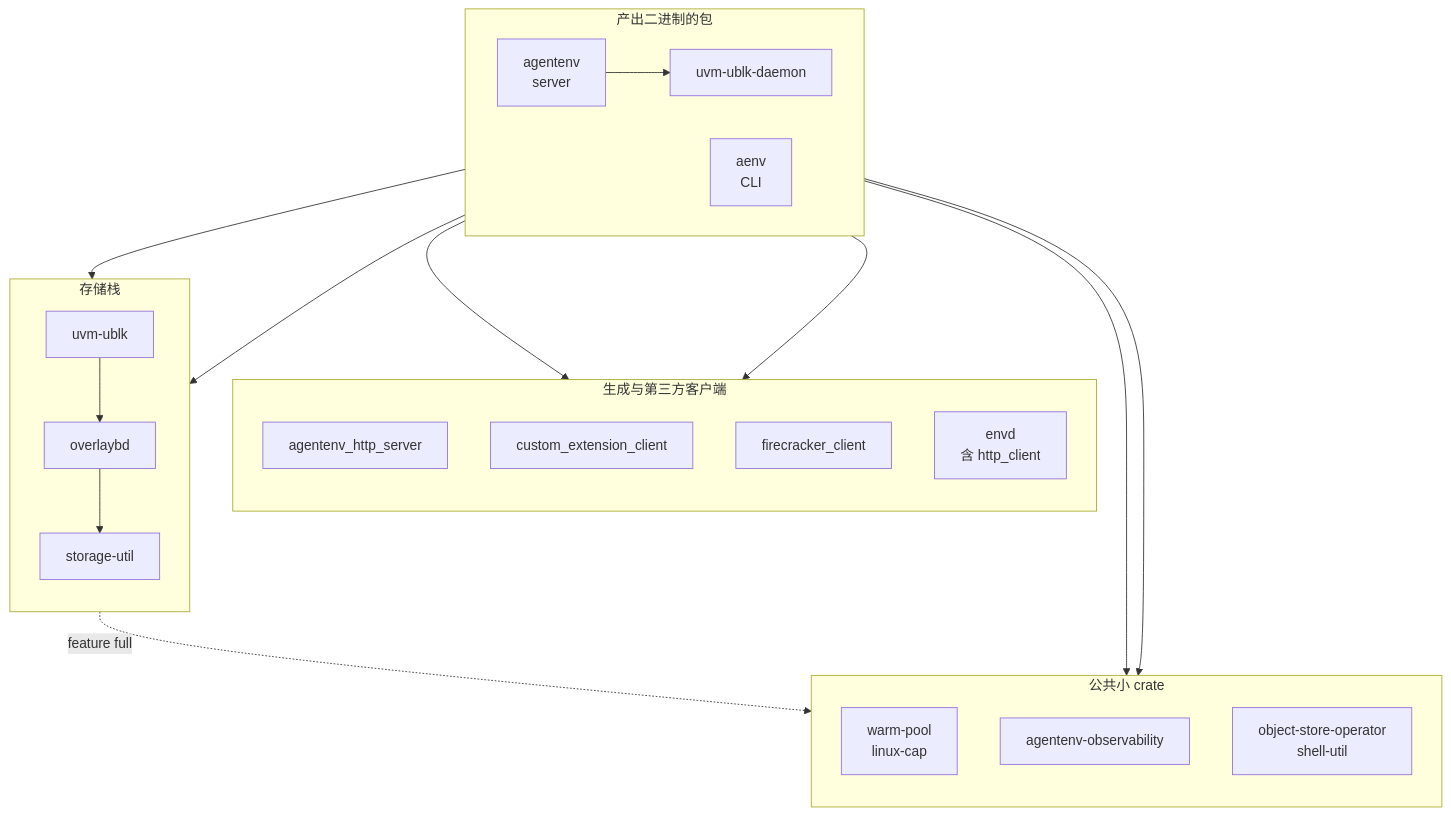
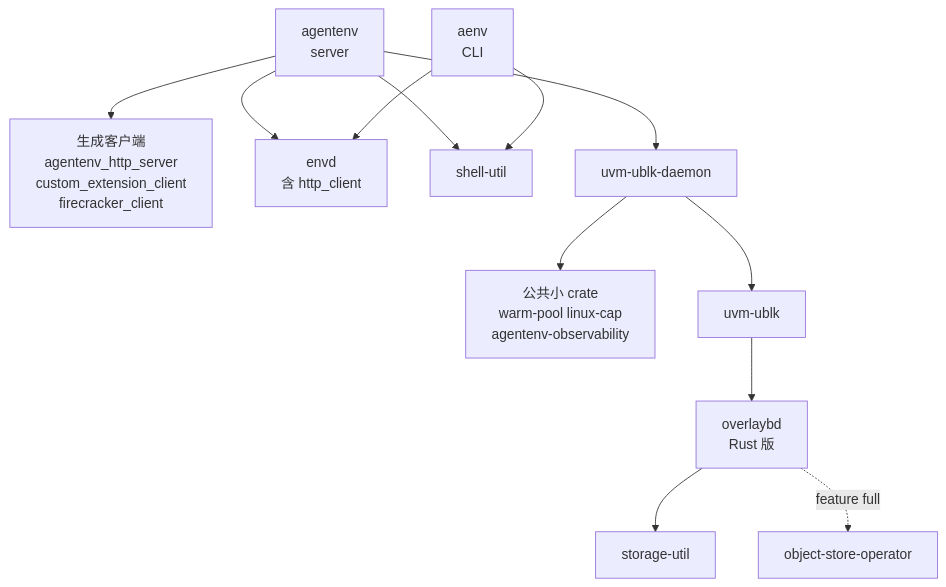
Before and after one commit to AustinJiangg/ai-books: the diagram in agentenv/01-repo-map-and-versions.md, drawn with Mermaid. The commit also changed other lines of this file and 52 other files, not shown here.

````diff
--- a/agentenv/01-repo-map-and-versions.md
+++ b/agentenv/01-repo-map-and-versions.md
@@ -139,38 +139,25 @@
 ```mermaid
 flowchart TB
-    subgraph BIN["产出二进制的包"]
-        direction LR
-        AG["agentenv<br/>server"]
-        UD["uvm-ublk-daemon"]
-        CLI["aenv<br/>CLI"]
-    end
-    subgraph GEN["生成与第三方客户端"]
-        direction TB
-        HS["agentenv_http_server"]
-        CE["custom_extension_client"]
-        FCC["firecracker_client"]
-        EN["envd<br/>含 http_client"]
-    end
-    subgraph STO["存储栈"]
-        direction TB
-        UB["uvm-ublk"]
-        OB["overlaybd"]
-        SU["storage-util"]
-    end
-    subgraph COM["公共小 crate"]
-        direction TB
-        WP["warm-pool<br/>linux-cap"]
-        OBS["agentenv-observability"]
-        OSO["object-store-operator<br/>shell-util"]
-    end
+    AG["agentenv<br/>server"]
+    CLI["aenv<br/>CLI"]
+    GEN["生成客户端<br/>agentenv_http_server<br/>custom_extension_client<br/>firecracker_client"]
+    EN["envd<br/>含 http_client"]
+    SH["shell-util"]
+    UD["uvm-ublk-daemon"]
+    COM["公共小 crate<br/>warm-pool linux-cap<br/>agentenv-observability"]
+    UB["uvm-ublk"]
+    OB["overlaybd<br/>Rust 版"]
+    SU["storage-util"]
+    OSO["object-store-operator"]
     AG --> GEN
+    AG --> EN
+    AG --> SH
     AG --> UD
-    AG --> STO
-    AG --> COM
+    UD --> COM
     UD --> UB
-    UD --> COM
     UB --> OB
     OB --> SU
+    OB -.->|"feature full"| OSO
     CLI --> EN
-    OB -.->|"feature full"| OSO
+    CLI --> SH
 ```
````
